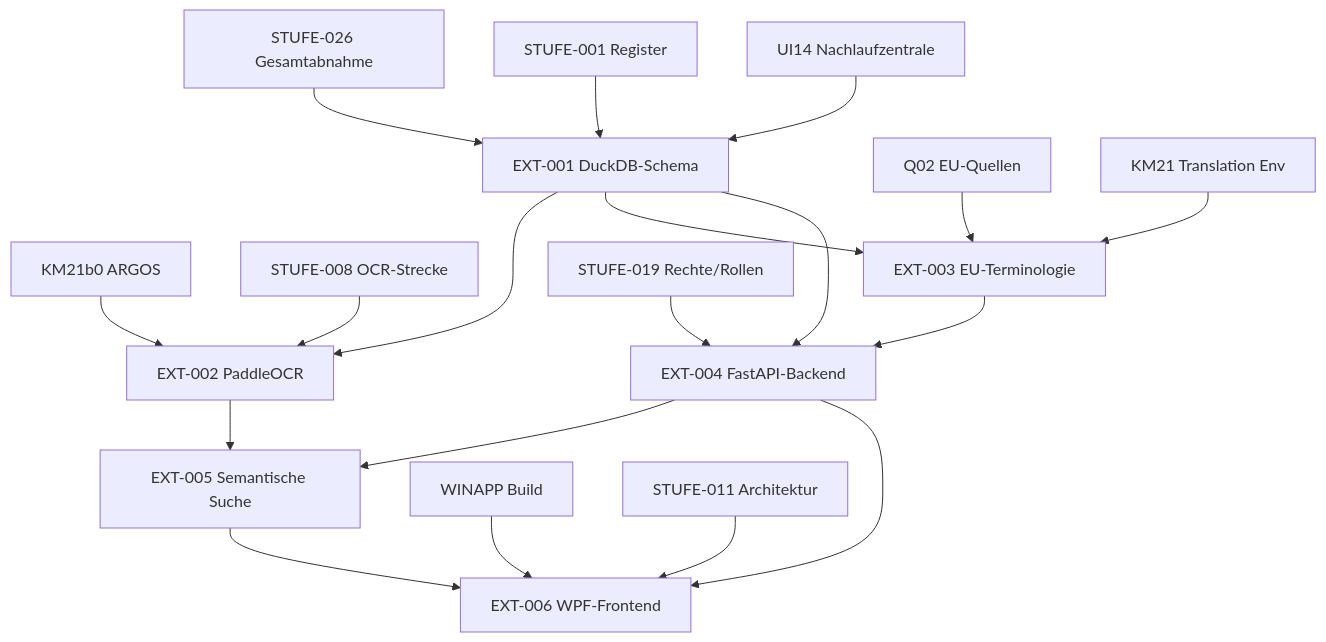
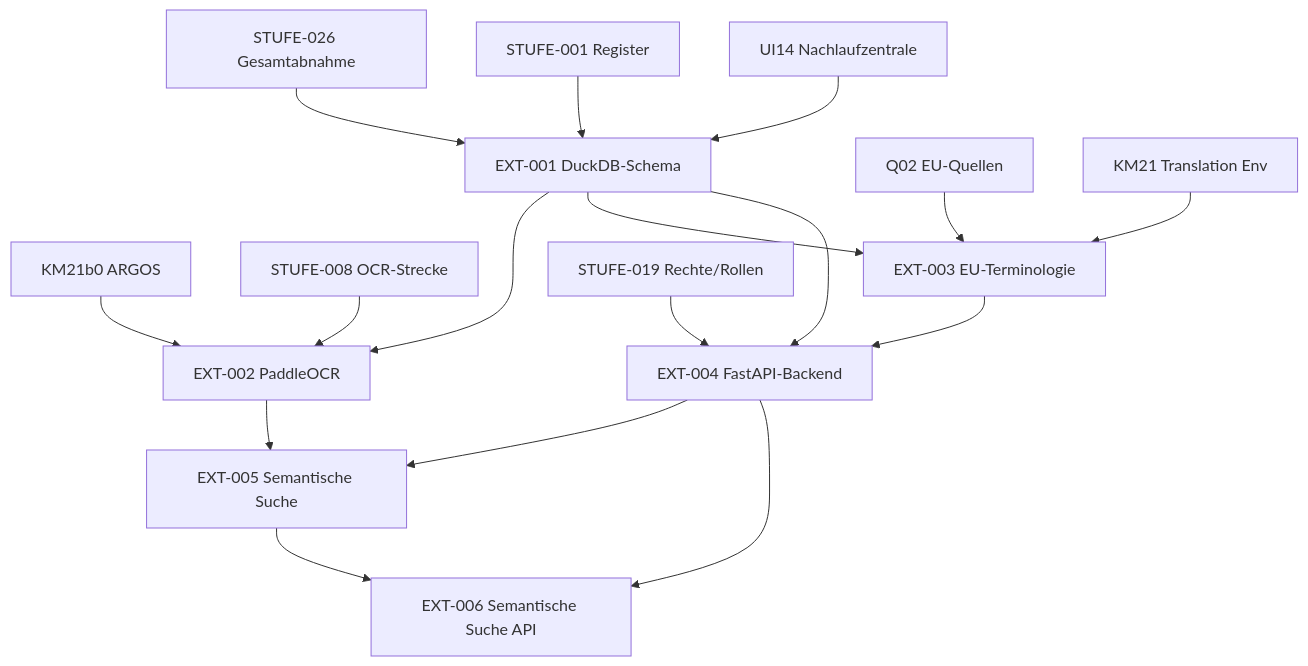
The diagram in Projektplanung/ROADMAP_ERWEITERUNG_01.md (heins447-creator/KI-Legal-Project), drawn with Mermaid before and after one commit. The commit also changed other lines of this file and 5 other files, not shown here.

Commit message:
EXT-BATCH-02: Echtheitspruefung der Erweiterungsbasis und Frontend-Vorbereitung

````diff
--- a/Projektplanung/ROADMAP_ERWEITERUNG_01.md
+++ b/Projektplanung/ROADMAP_ERWEITERUNG_01.md
@@ -32,21 +32,19 @@
 ```mermaid
 flowchart TD
     A[STUFE-026 Gesamtabnahme] --> B[EXT-001 DuckDB-Schema]
     C[STUFE-001 Register] --> B
     D[UI14 Nachlaufzentrale] --> B
     B --> E[EXT-002 PaddleOCR]
     F[KM21b0 ARGOS] --> E
     G[STUFE-008 OCR-Strecke] --> E
     B --> H[EXT-003 EU-Terminologie]
     I[Q02 EU-Quellen] --> H
     J[KM21 Translation Env] --> H
     B --> K[EXT-004 FastAPI-Backend]
     H --> K
     L[STUFE-019 Rechte/Rollen] --> K
     K --> M[EXT-005 Semantische Suche]
     E --> M
-    K --> N[EXT-006 WPF-Frontend]
+    K --> N[EXT-006 Semantische Suche API]
     M --> N
-    O[WINAPP Build] --> N
-    P[STUFE-011 Architektur] --> N
 ```
````
